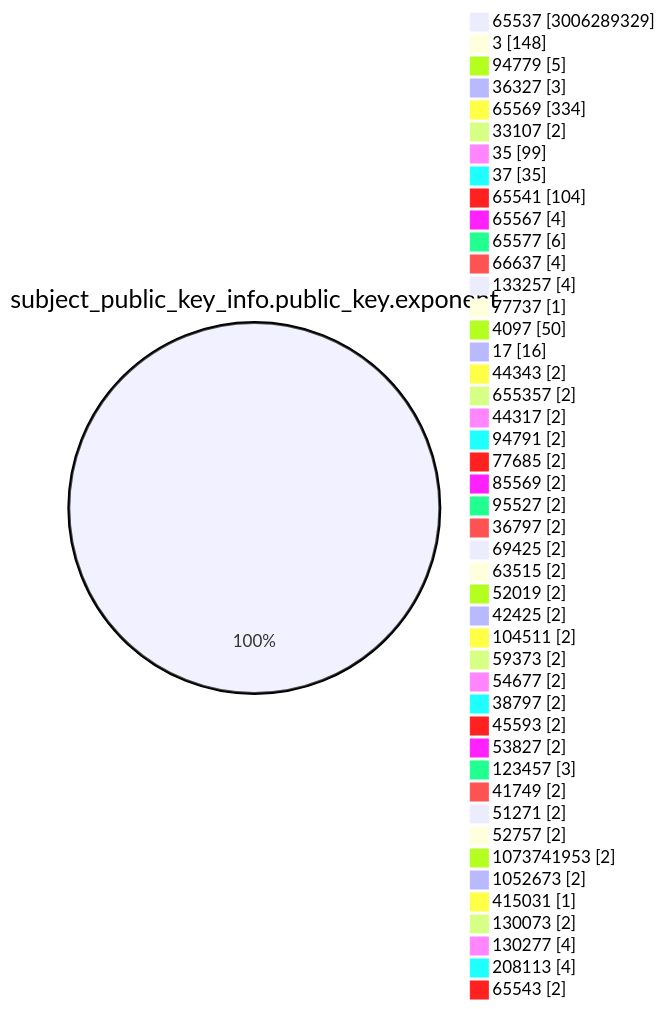
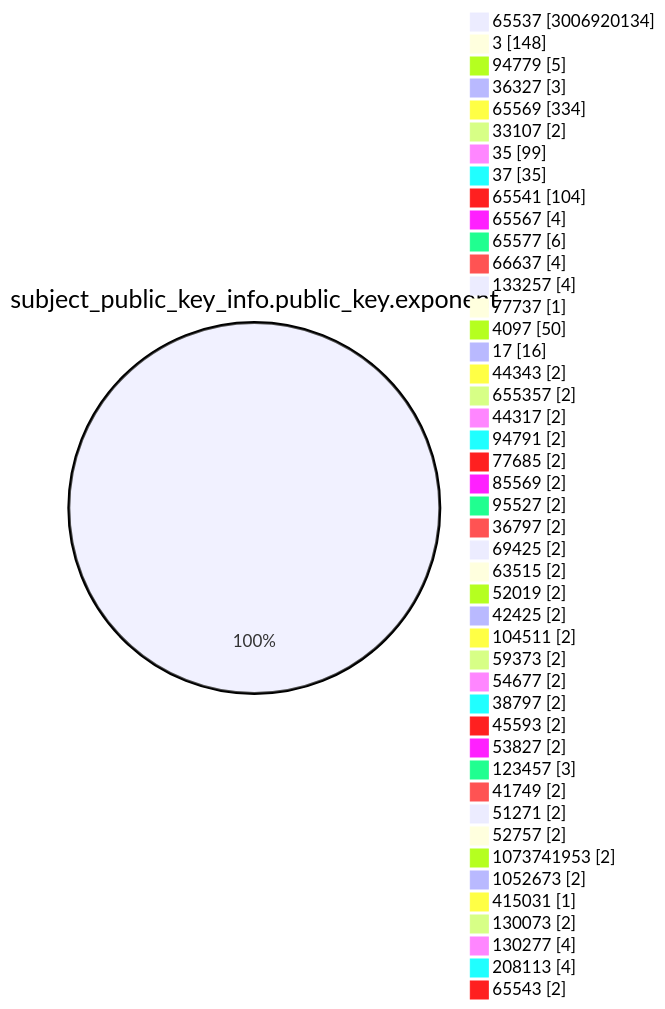
One commit to christiankrug/ctmonitor_visualization changed the fourth of 15 diagrams in TOTAL/README.md. Above: the diagram before and after it, drawn with Mermaid. The commit also changed other lines of this file, not shown here.

````diff
--- a/TOTAL/README.md
+++ b/TOTAL/README.md
@@ -1472,49 +1472,49 @@
 ```mermaid
 pie showData
 title subject_public_key_info.public_key.exponent
-"65537" :3006289329
+"65537" :3006920134
 "3" :148
 "94779" :5
 "36327" :3
 "65569" :334
 "33107" :2
 "35" :99
 "37" :35
 "65541" :104
 "65567" :4
 "65577" :6
 "66637" :4
 "133257" :4
 "77737" :1
 "4097" :50
 "17" :16
 "44343" :2
 "655357" :2
 "44317" :2
 "94791" :2
 "77685" :2
 "85569" :2
 "95527" :2
 "36797" :2
 "69425" :2
 "63515" :2
 "52019" :2
 "42425" :2
 "104511" :2
 "59373" :2
 "54677" :2
 "38797" :2
 "45593" :2
 "53827" :2
 "123457" :3
 "41749" :2
 "51271" :2
 "52757" :2
 "1073741953" :2
 "1052673" :2
 "415031" :1
 "130073" :2
 "130277" :4
 "208113" :4
 "65543" :2
 ```
````
